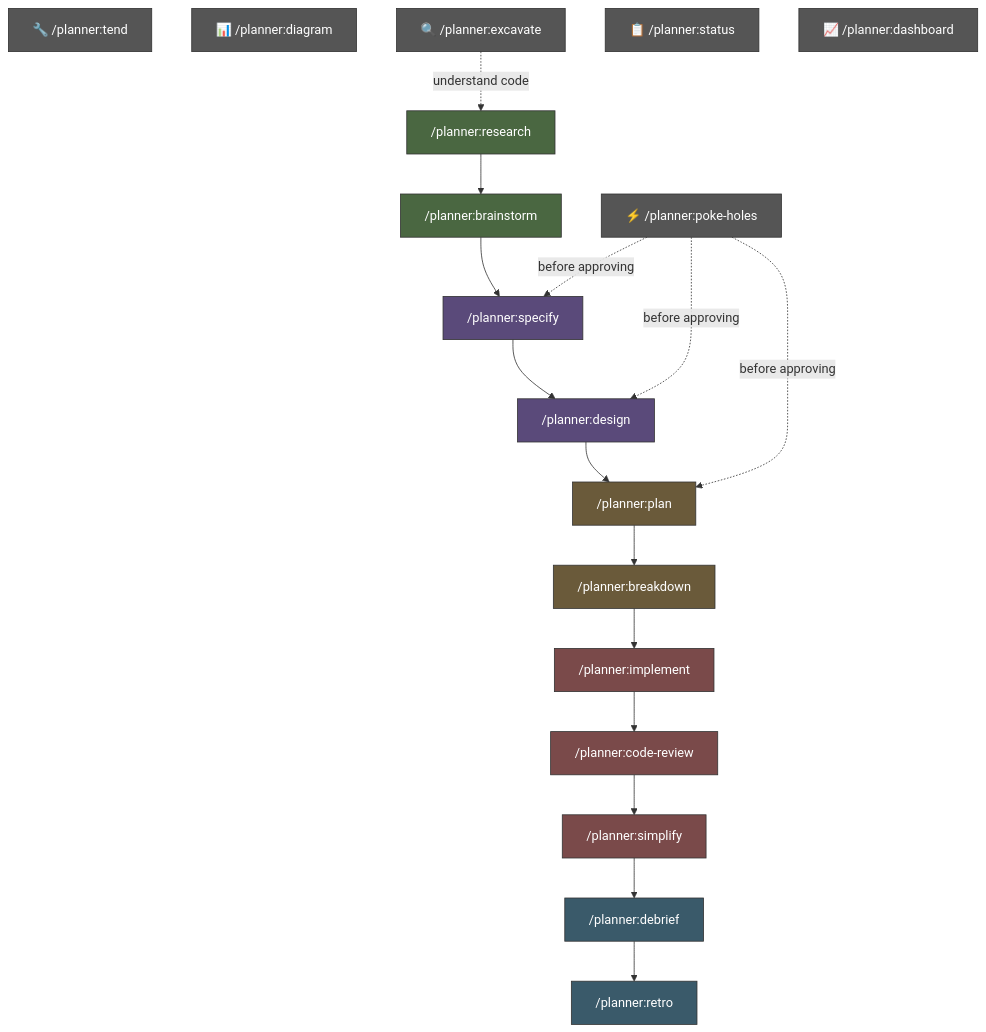
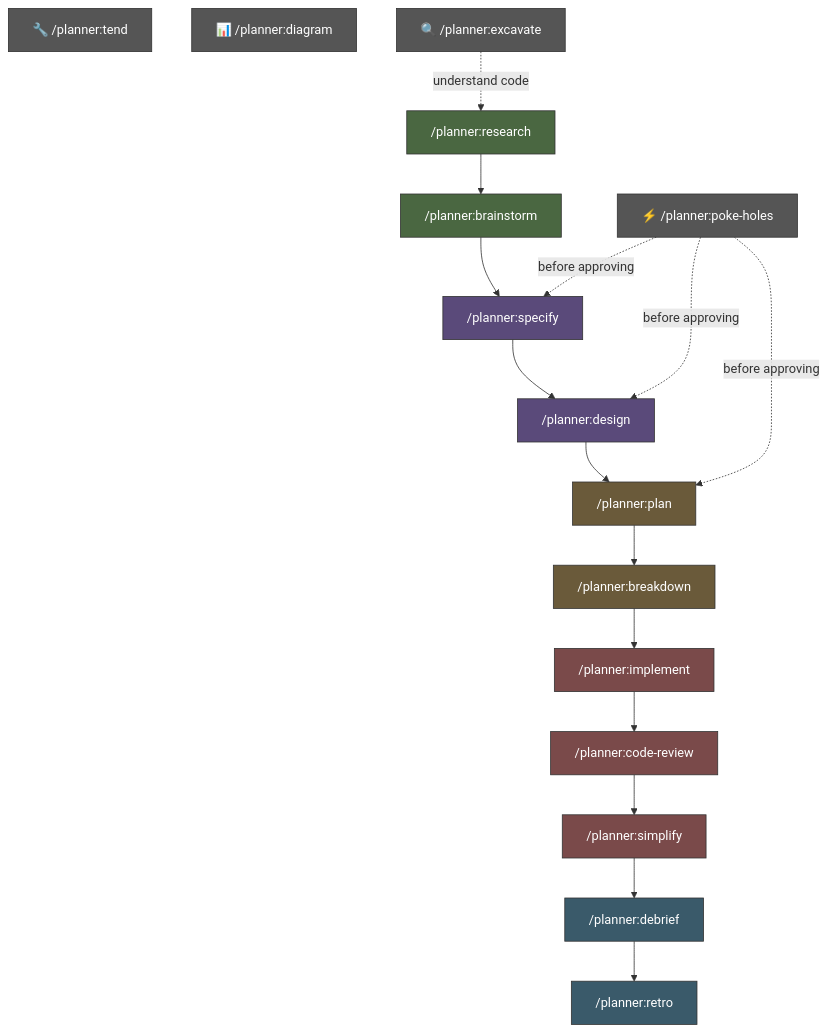
Before and after one commit to danweinerdev/claude-project-planner: the second of 5 diagrams in README.md, drawn with Mermaid. The commit also changed other lines of this file and 29 other files, not shown here.

````diff
--- a/README.md
+++ b/README.md
@@ -109,39 +114,37 @@
 ```mermaid
 graph TD
     research["/planner:research"] --> brainstorm["/planner:brainstorm"]
     brainstorm --> specify["/planner:specify"]
     specify --> design["/planner:design"]
     design --> plan["/planner:plan"]
     plan --> breakdown["/planner:breakdown"]
     breakdown --> implement["/planner:implement"]
     implement --> codereview["/planner:code-review"]
     codereview --> simplify["/planner:simplify"]
     simplify --> debrief["/planner:debrief"]
     debrief --> retro["/planner:retro"]
 
     poke["⚡ /planner:poke-holes"]
     tend["🔧 /planner:tend"]
     diagram["📊 /planner:diagram"]
     excavate["🔍 /planner:excavate"]
-    status["📋 /planner:status"]
-    dashboard["📈 /planner:dashboard"]
 
     poke -. "before approving" .-> specify
     poke -. "before approving" .-> design
     poke -. "before approving" .-> plan
     excavate -. "understand code" .-> research
 
     classDef discovery fill:#4a6741,stroke:#333,color:#fff
     classDef definition fill:#5a4a7a,stroke:#333,color:#fff
     classDef execution fill:#6a5a3a,stroke:#333,color:#fff
     classDef implementation fill:#7a4a4a,stroke:#333,color:#fff
     classDef review fill:#3a5a6a,stroke:#333,color:#fff
     classDef utility fill:#555,stroke:#333,color:#fff
 
     class research,brainstorm discovery
     class specify,design definition
     class plan,breakdown execution
     class implement,codereview,simplify implementation
     class debrief,retro review
-    class poke,tend,diagram,excavate,status,dashboard utility
+    class poke,tend,diagram,excavate utility
 ```
````
